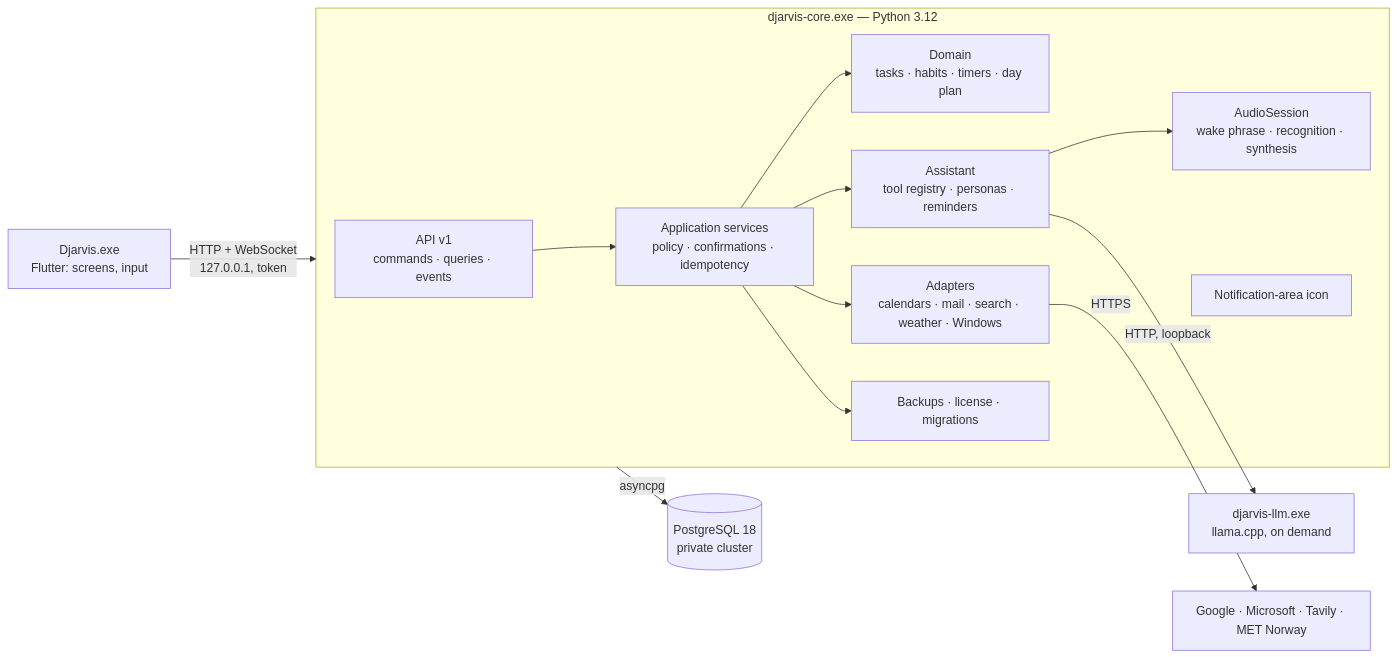
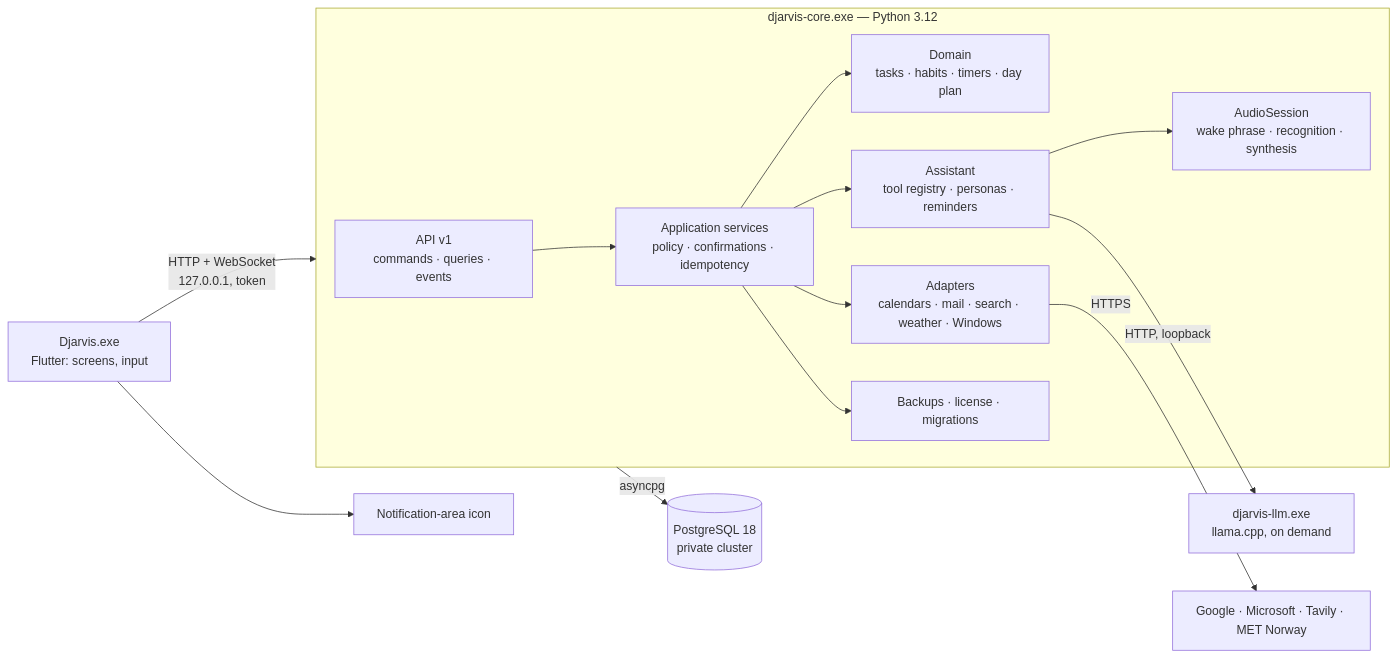
Before and after one commit to SwanThunder/Djarvis: the diagram in docs/architecture/IMPLEMENTATION_PLAN.md, drawn with Mermaid. The commit also changed 19 other files, not shown here.

Commit message:
Align architecture handoff and concurrent timer policy

````diff
--- a/docs/architecture/IMPLEMENTATION_PLAN.md
+++ b/docs/architecture/IMPLEMENTATION_PLAN.md
@@ -9,16 +9,16 @@
 ```mermaid
 flowchart LR
   UI["Djarvis.exe<br/>Flutter: screens, input"] -- "HTTP + WebSocket<br/>127.0.0.1, token" --> CORE
   subgraph CORE["djarvis-core.exe — Python 3.12"]
     API["API v1<br/>commands · queries · events"] --> APP["Application services<br/>policy · confirmations · idempotency"]
     APP --> DOM["Domain<br/>tasks · habits · timers · day plan"]
     APP --> AST["Assistant<br/>tool registry · personas · reminders"]
     AST --> AUD["AudioSession<br/>wake phrase · recognition · synthesis"]
     APP --> INT["Adapters<br/>calendars · mail · search · weather · Windows"]
     APP --> SAFE["Backups · license · migrations"]
-    TRAY["Notification-area icon"]
   end
+  UI --> TRAY["Notification-area icon"]
   CORE -- asyncpg --> PG[("PostgreSQL 18<br/>private cluster")]
   AST -- "HTTP, loopback" --> LLM["djarvis-llm.exe<br/>llama.cpp, on demand"]
   INT -- HTTPS --> EXT["Google · Microsoft · Tavily · MET Norway"]
 ```
````
